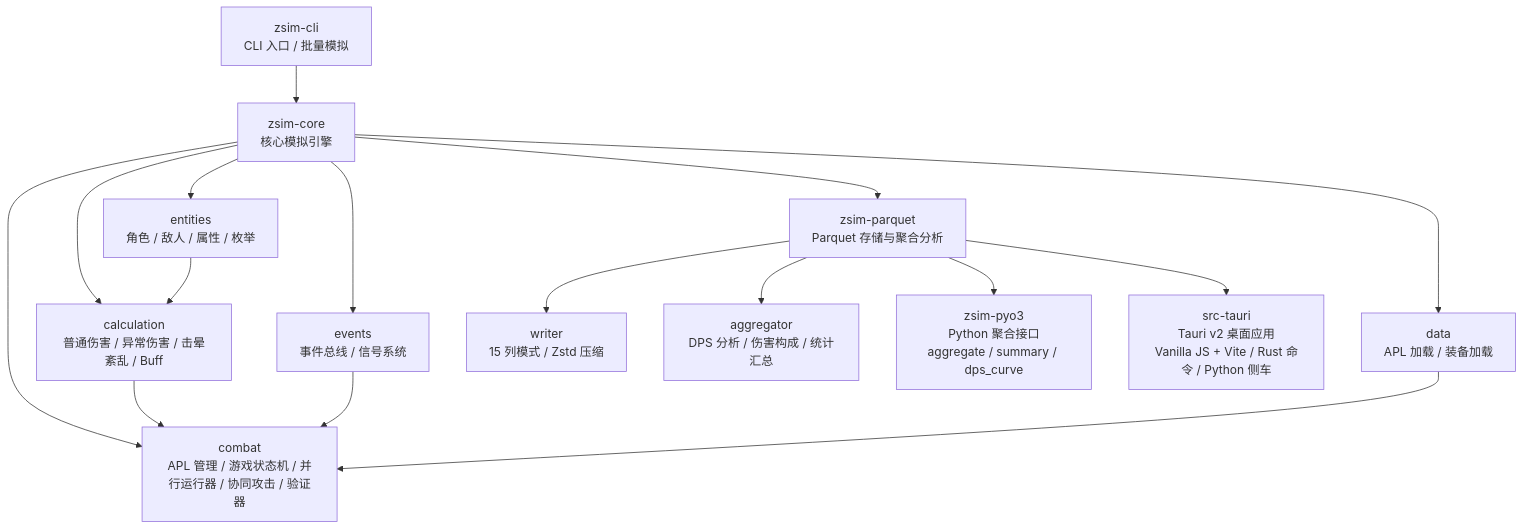
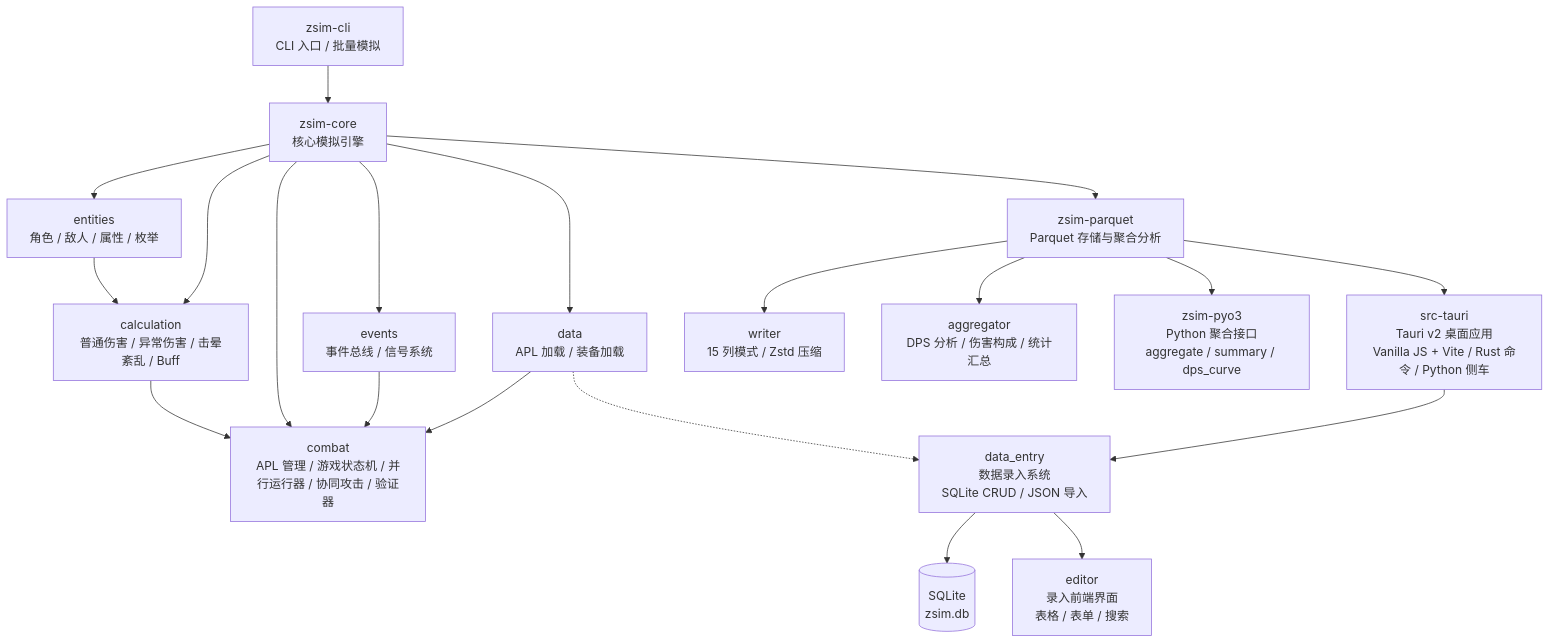
Before and after one commit to Korlne/ZSim-Rework: the first of 2 diagrams in README.md, drawn with Mermaid. The commit also changed other lines of this file, not shown here.

Commit message:
docs: update README with data entry frontend documentation

````diff
--- a/README.md
+++ b/README.md
@@ -45,22 +68,27 @@
 ```mermaid
 graph TB
     CLI[zsim-cli<br/>CLI 入口 / 批量模拟] --> CORE[zsim-core<br/>核心模拟引擎]
 
     CORE --> ENT[entities<br/>角色 / 敌人 / 属性 / 枚举]
     CORE --> CALC[calculation<br/>普通伤害 / 异常伤害 / 击晕紊乱 / Buff]
     CORE --> COMBAT[combat<br/>APL 管理 / 游戏状态机 / 并行运行器 / 协同攻击 / 验证器]
     CORE --> EVT[events<br/>事件总线 / 信号系统]
     CORE --> DATA[data<br/>APL 加载 / 装备加载]
 
     ENT --> CALC
     CALC --> COMBAT
     EVT --> COMBAT
     DATA --> COMBAT
 
     CORE --> PARQUET[zsim-parquet<br/>Parquet 存储与聚合分析]
     PARQUET --> PW[writer<br/>15 列模式 / Zstd 压缩]
     PARQUET --> PA[aggregator<br/>DPS 分析 / 伤害构成 / 统计汇总]
 
     PARQUET --> PY3[zsim-pyo3<br/>Python 聚合接口<br/>aggregate / summary / dps_curve]
     PARQUET --> TAURI[src-tauri<br/>Tauri v2 桌面应用<br/>Vanilla JS + Vite / Rust 命令 / Python 侧车]
+
+    TAURI --> DE[data_entry<br/>数据录入系统<br/>SQLite CRUD / JSON 导入]
+    DE --> DB[(SQLite<br/>zsim.db)]
+    DE --> FE[editor<br/>录入前端界面<br/>表格 / 表单 / 搜索]
+    DATA -.-> DE
 ```
````
